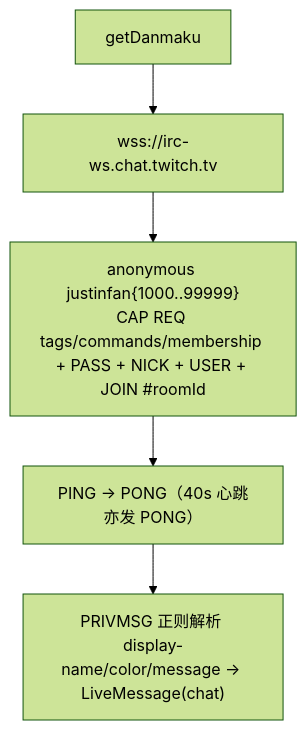
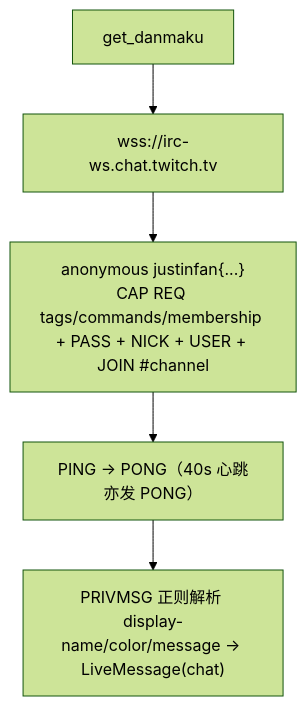
One commit to gaoxing64/dart_simple_live changed diagram 11 of 12 in simple_live_core/doc/workflow-diagram.md. Above: the diagram before and after it, drawn with Mermaid (forest theme). The commit also changed other lines of this file and 8 other files, not shown here.

````diff
--- a/simple_live_core/doc/workflow-diagram.md
+++ b/simple_live_core/doc/workflow-diagram.md
@@ -267,7 +265,7 @@
 ```mermaid
 flowchart TD
-    A["getDanmaku"] --> B["wss://irc-ws.chat.twitch.tv"]
-    B --> C["anonymous justinfan{1000..99999}\nCAP REQ tags/commands/membership + PASS + NICK + USER + JOIN #roomId"]
+    A["get_danmaku"] --> B["wss://irc-ws.chat.twitch.tv"]
+    B --> C["anonymous justinfan{...}\nCAP REQ tags/commands/membership + PASS + NICK + USER + JOIN #channel"]
     C --> D["PING → PONG（40s 心跳亦发 PONG）"]
     D --> E["PRIVMSG 正则解析 display-name/color/message → LiveMessage(chat)"]
 ```
````
